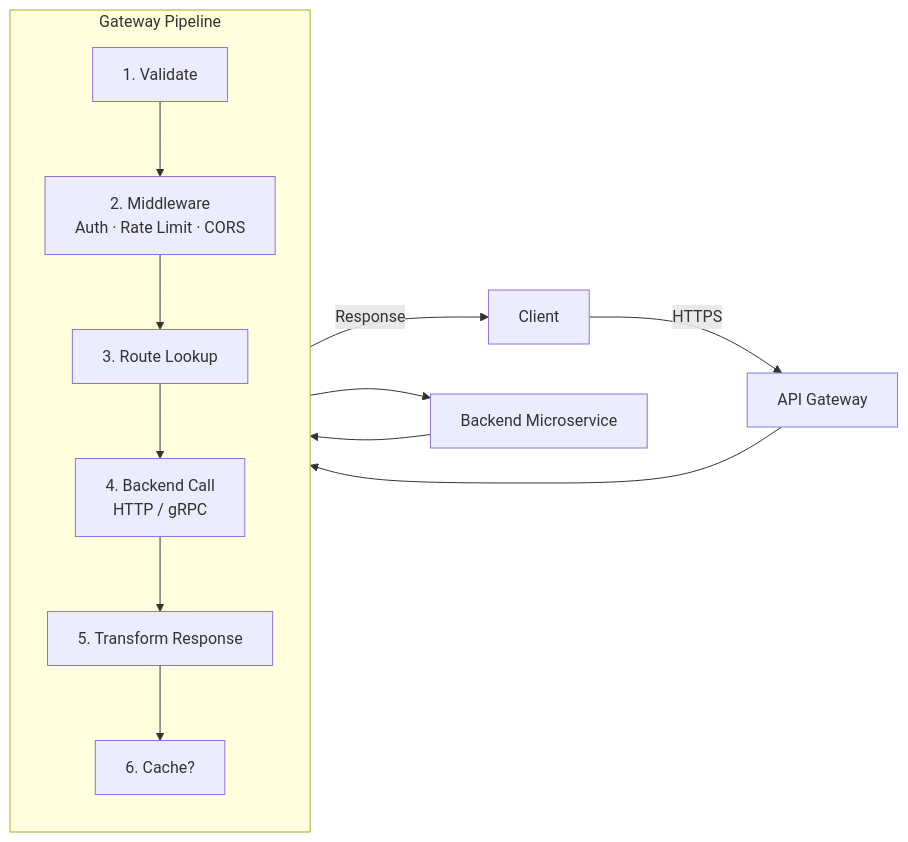
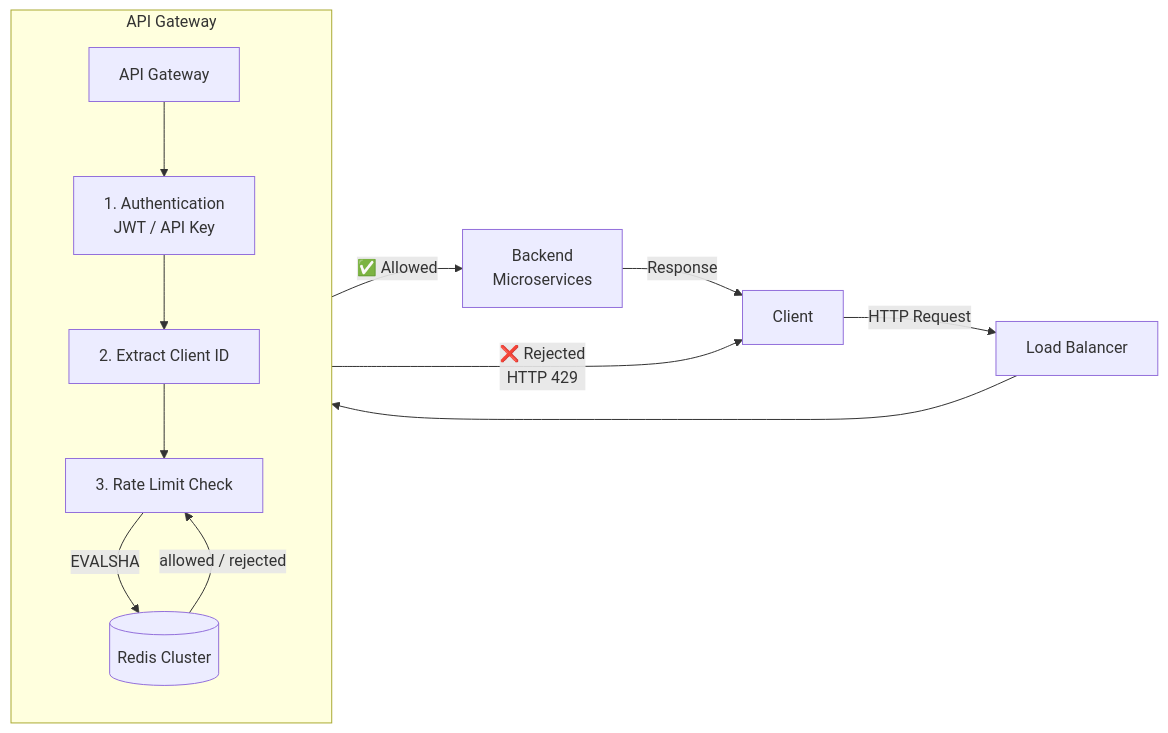
Before and after one commit to vipi-n/swe-101: the first of 8 diagrams in hld/rate_limitter.md, drawn with Mermaid. The commit also changed other lines of this file, not shown here.

````diff
--- a/hld/rate_limitter.md
+++ b/hld/rate_limitter.md
@@ -207,16 +292,18 @@
 ```mermaid
 flowchart LR
-    Client[Client] -->|HTTPS| GW[API Gateway]
-    subgraph Gateway Pipeline
+    C[Client] -->|HTTP Request| LB[Load Balancer]
+    LB --> GW[API Gateway]
+
+    subgraph API Gateway
         direction TB
-        V[1. Validate] --> M[2. Middleware<br/>Auth · Rate Limit · CORS]
-        M --> R[3. Route Lookup]
-        R --> P[4. Backend Call<br/>HTTP / gRPC]
-        P --> T[5. Transform Response]
-        T --> C[6. Cache?]
+        GW --> Auth[1. Authentication<br/>JWT / API Key]
+        Auth --> Extract[2. Extract Client ID]
+        Extract --> RL[3. Rate Limit Check]
+        RL -->|EVALSHA| Redis[(Redis Cluster)]
+        Redis -->|allowed / rejected| RL
     end
-    GW --> V
-    C -->|Response| Client
-    P --> Backend[Backend Microservice]
-    Backend --> P
+
+    RL -->|✅ Allowed| Backend[Backend<br/>Microservices]
+    RL -->|❌ Rejected<br/>HTTP 429| C
+    Backend -->|Response| C
 ```
````
